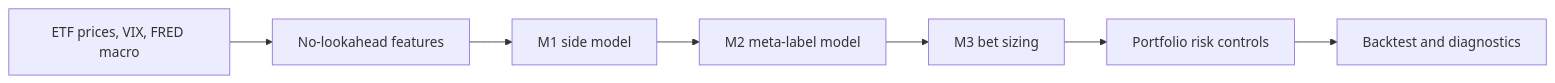
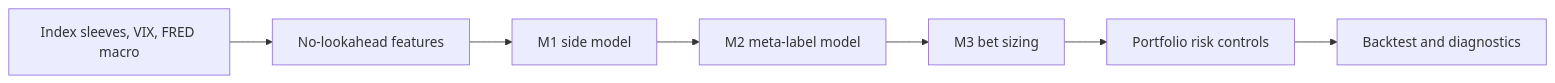
One commit to JiaWu23/SSGA-Summer2026 changed the diagram in PROJECT_SUMMARY.md. Above: the diagram before and after it, drawn with Mermaid. The commit also changed other lines of this file and 217 other files, not shown here.

````diff
--- a/PROJECT_SUMMARY.md
+++ b/PROJECT_SUMMARY.md
@@ -50,17 +50,17 @@
 ```mermaid
 flowchart LR
-  dataLayer["ETF prices, VIX, FRED macro"]
+  dataLayer["Index sleeves, VIX, FRED macro"]
   features["No-lookahead features"]
   m1["M1 side model"]
   m2["M2 meta-label model"]
   m3["M3 bet sizing"]
   portfolio["Portfolio risk controls"]
   backtest["Backtest and diagnostics"]
 
   dataLayer --> features
   features --> m1
   m1 --> m2
   m2 --> m3
   m3 --> portfolio
   portfolio --> backtest
 ```
````
